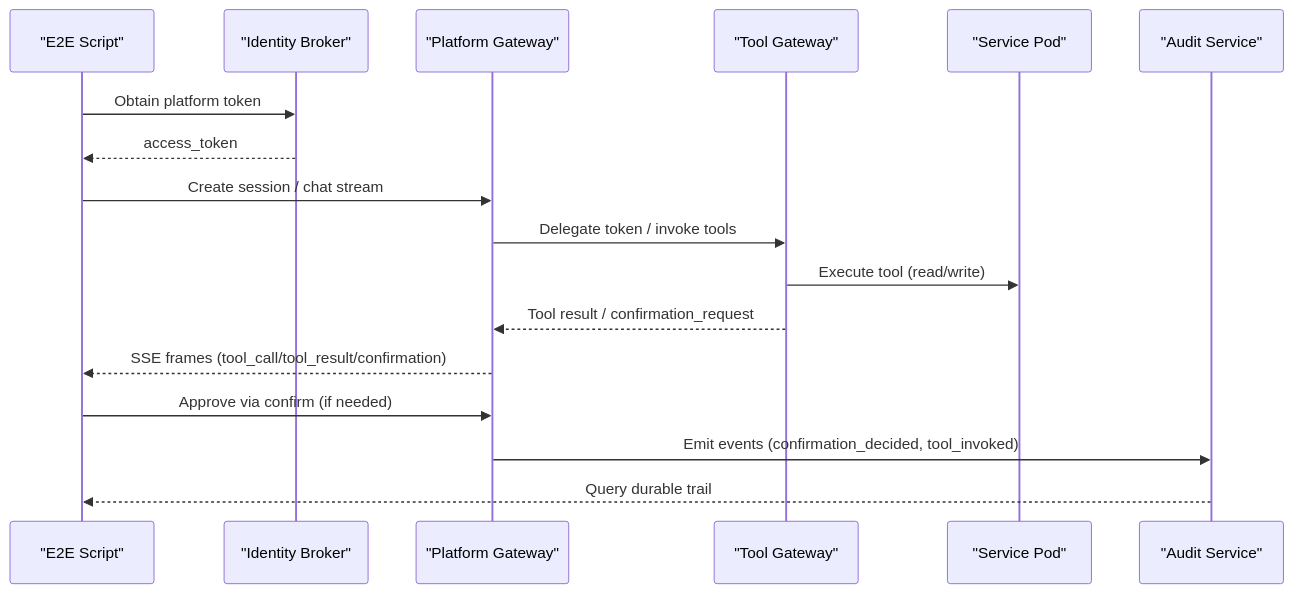
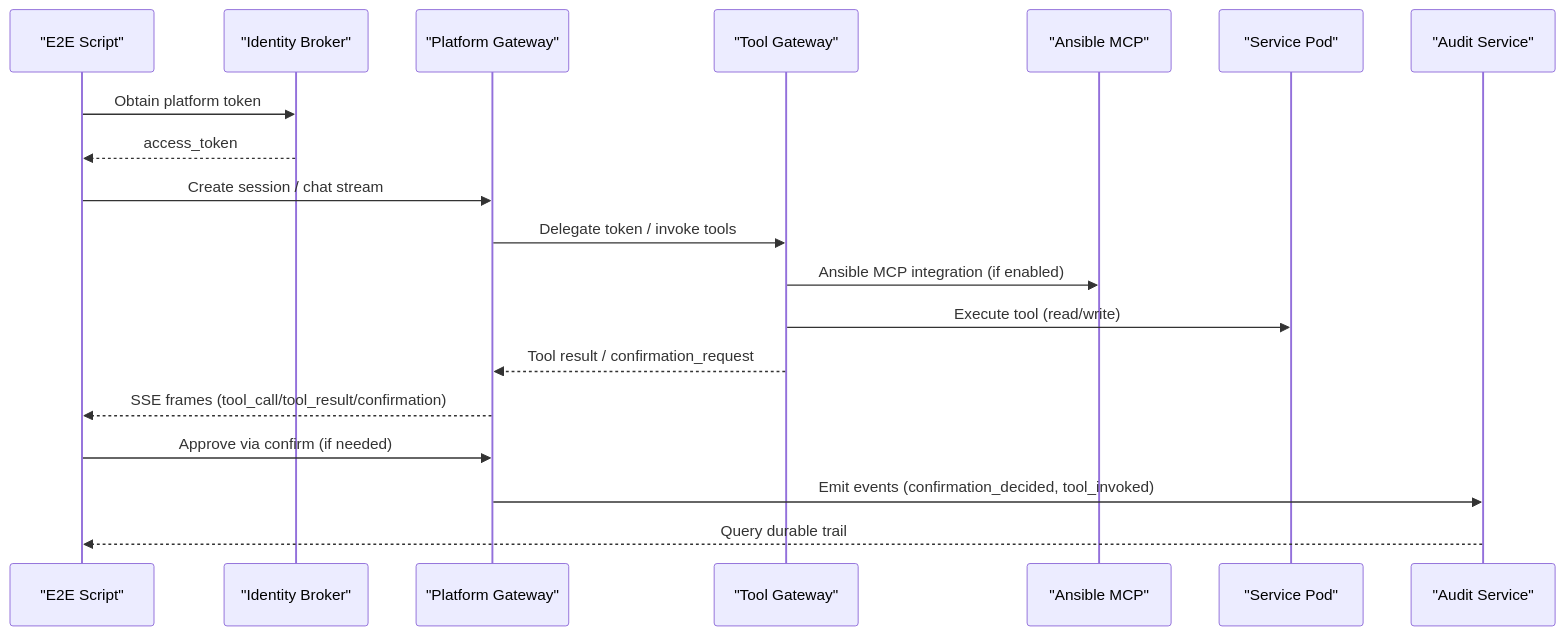
Before and after one commit to metasync/luban-aiops: the second of 17 diagrams in .qoder/repowiki/en/content/Development Guide/Testing Strategy and Implementation/End-to-End Testing.md, drawn with Mermaid. The commit also changed other lines of this file and 130 other files, not shown here.

````diff
--- a/.qoder/repowiki/en/content/Development Guide/Testing Strategy and Implementation/End-to-End Testing.md
+++ b/.qoder/repowiki/en/content/Development Guide/Testing Strategy and Implementation/End-to-End Testing.md
@@ -100,19 +117,21 @@
 ```mermaid
 sequenceDiagram
 participant Test as "E2E Script"
 participant Id as "Identity Broker"
 participant GW as "Platform Gateway"
 participant TG as "Tool Gateway"
+participant AM as "Ansible MCP"
 participant Svc as "Service Pod"
 participant Aud as "Audit Service"
 Test->>Id : Obtain platform token
 Id-->>Test : access_token
 Test->>GW : Create session / chat stream
 GW->>TG : Delegate token / invoke tools
+TG->>AM : Ansible MCP integration (if enabled)
 TG->>Svc : Execute tool (read/write)
 TG-->>GW : Tool result / confirmation_request
 GW-->>Test : SSE frames (tool_call/tool_result/confirmation)
 Test->>GW : Approve via confirm (if needed)
 GW->>Aud : Emit events (confirmation_decided, tool_invoked)
 Aud-->>Test : Query durable trail
 ```
````
